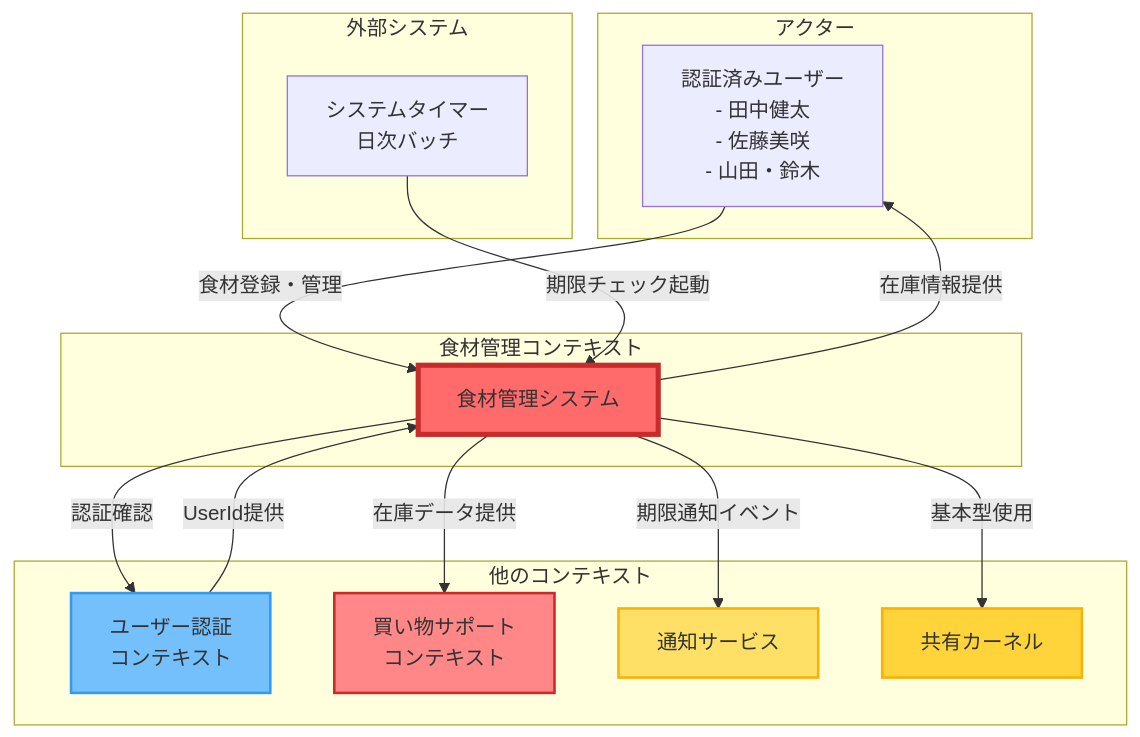
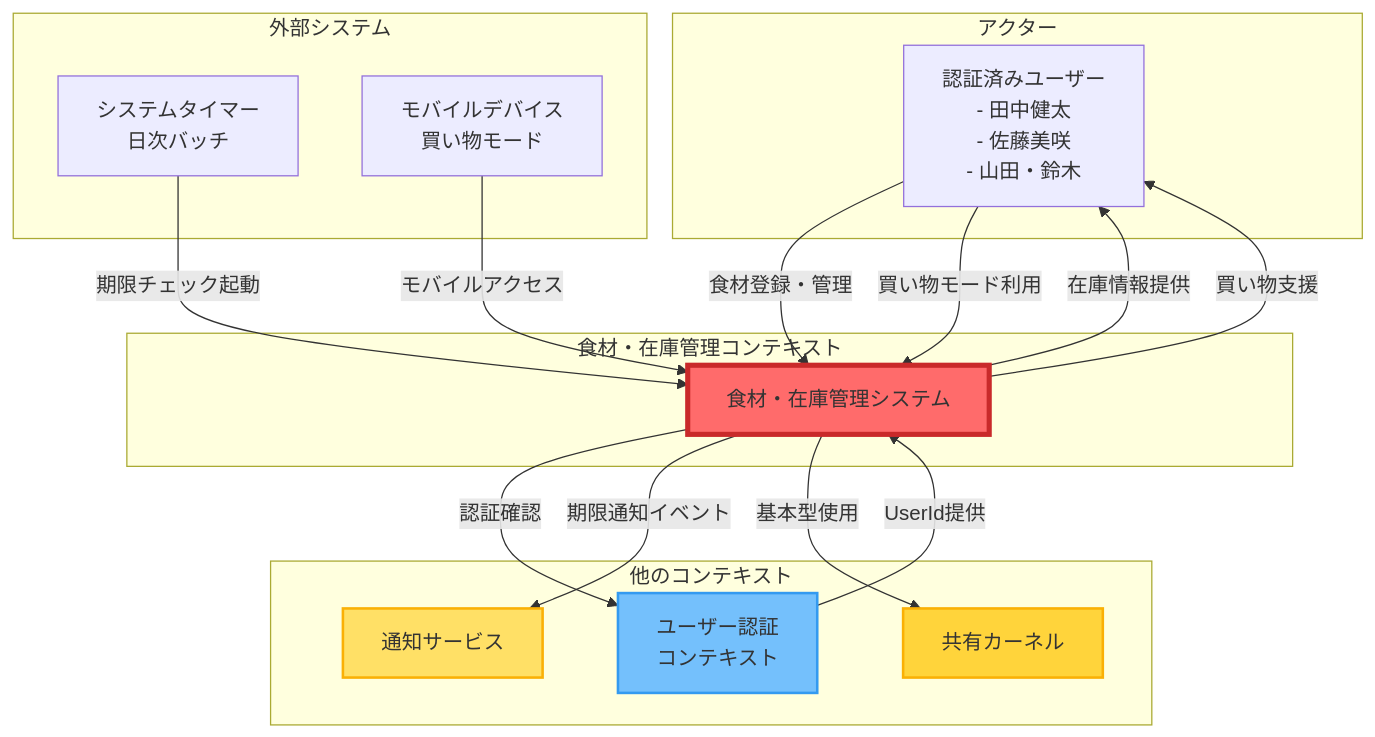
The first of 7 diagrams in docs/domain/contexts/ingredient-management/sudo-modeling.md (komei0727/all_in_one), drawn with Mermaid before and after one commit. The commit also changed other lines of this file and 28 other files, not shown here.

````diff
--- a/docs/domain/contexts/ingredient-management/sudo-modeling.md
+++ b/docs/domain/contexts/ingredient-management/sudo-modeling.md
@@ -12,41 +12,42 @@
 ```mermaid
 graph TB
     subgraph "アクター"
         USER[認証済みユーザー<br/>- 田中健太<br/>- 佐藤美咲<br/>- 山田・鈴木]
     end
 
-    subgraph "食材管理コンテキスト"
-        IM[食材管理システム]
+    subgraph "食材・在庫管理コンテキスト"
+        IIM[食材・在庫管理システム]
     end
 
     subgraph "他のコンテキスト"
         UA[ユーザー認証<br/>コンテキスト]
-        SS[買い物サポート<br/>コンテキスト]
         NT[通知サービス]
         SK[共有カーネル]
     end
 
     subgraph "外部システム"
         TIMER[システムタイマー<br/>日次バッチ]
+        MOBILE[モバイルデバイス<br/>買い物モード]
     end
 
     %% アクターとの関係
-    USER -->|食材登録・管理| IM
-    IM -->|在庫情報提供| USER
+    USER -->|食材登録・管理| IIM
+    USER -->|買い物モード利用| IIM
+    IIM -->|在庫情報提供| USER
+    IIM -->|買い物支援| USER
 
     %% 他コンテキストとの関係
-    UA -->|UserId提供| IM
-    IM -->|認証確認| UA
-    IM -->|在庫データ提供| SS
-    IM -->|期限通知イベント| NT
-    IM -->|基本型使用| SK
+    UA -->|UserId提供| IIM
+    IIM -->|認証確認| UA
+    IIM -->|期限通知イベント| NT
+    IIM -->|基本型使用| SK
 
     %% 外部システムとの関係
-    TIMER -->|期限チェック起動| IM
+    TIMER -->|期限チェック起動| IIM
+    MOBILE -->|モバイルアクセス| IIM
 
-    style IM fill:#ff6b6b,stroke:#c92a2a,stroke-width:4px
+    style IIM fill:#ff6b6b,stroke:#c92a2a,stroke-width:4px
     style UA fill:#74c0fc,stroke:#339af0,stroke-width:2px
-    style SS fill:#ff8787,stroke:#c92a2a,stroke-width:2px
     style NT fill:#ffe066,stroke:#fab005,stroke-width:2px
     style SK fill:#ffd43b,stroke:#fab005,stroke-width:2px
 ```
````
